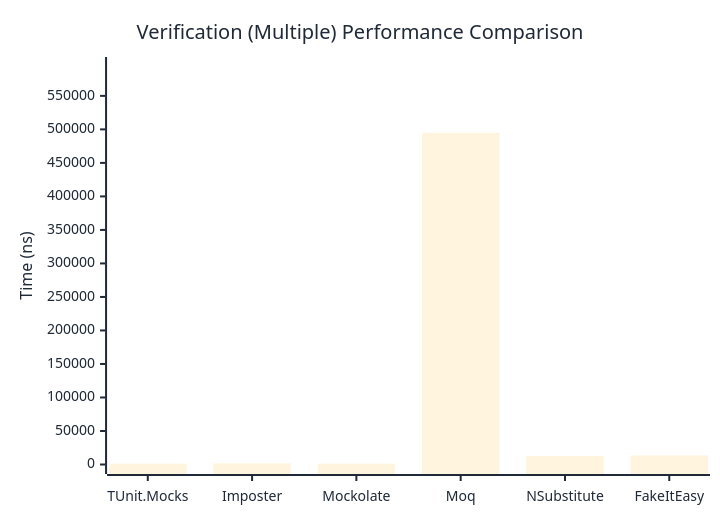
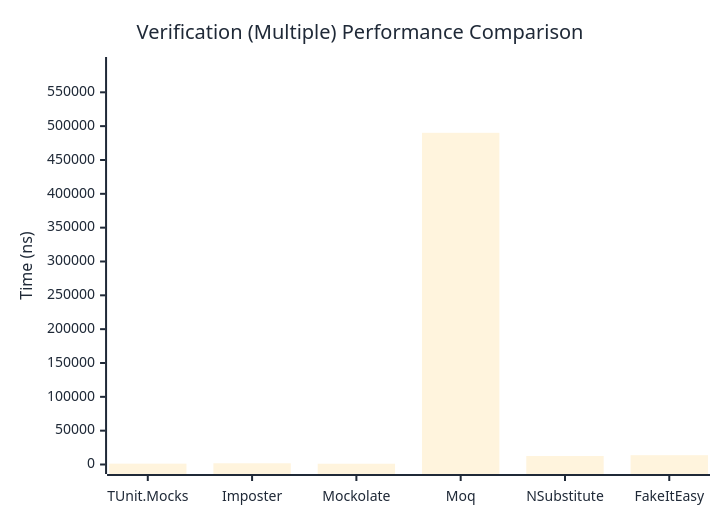
One commit to thomhurst/TUnit changed the third of 3 diagrams in docs/docs/benchmarks/mocks/Verification.md. Above: the diagram before and after it, drawn with Mermaid. The commit also changed other lines of this file and 14 other files, not shown here.

````diff
--- a/docs/docs/benchmarks/mocks/Verification.md
+++ b/docs/docs/benchmarks/mocks/Verification.md
@@ -112,27 +112,27 @@
 ```mermaid
 %%{init: {
   'theme':'base',
   'themeVariables': {
     'primaryColor': '#2563eb',
     'primaryTextColor': '#1f2937',
     'primaryBorderColor': '#1e40af',
     'lineColor': '#6b7280',
     'secondaryColor': '#7c3aed',
     'tertiaryColor': '#dc2626',
     'background': '#ffffff',
     'pie1': '#2563eb',
     'pie2': '#7c3aed',
     'pie3': '#dc2626',
     'pie4': '#f59e0b',
     'pie5': '#10b981',
     'pie6': '#06b6d4',
     'pie7': '#ec4899',
     'pie8': '#6366f1'
   }
 }}%%
 xychart-beta
   title "Verification (Multiple) Performance Comparison"
   x-axis ["TUnit.Mocks", "Imposter", "Mockolate", "Moq", "NSubstitute", "FakeItEasy"]
-  y-axis "Time (ns)" 0 --> 593823
-  bar [1225.36, 1704.59, 1145.79, 494852.13, 12531.34, 13435.67]
+  y-axis "Time (ns)" 0 --> 588142
+  bar [1254.15, 1827.19, 1141.55, 490117.67, 12577.12, 13775.11]
 ```
````
